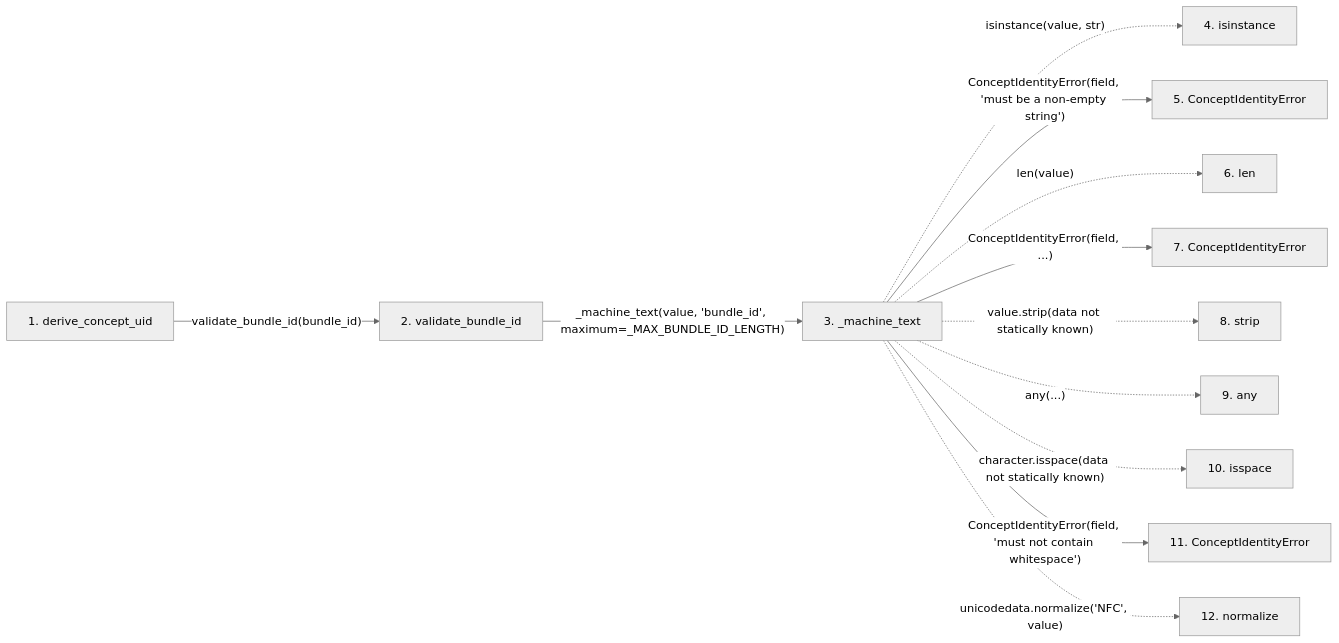
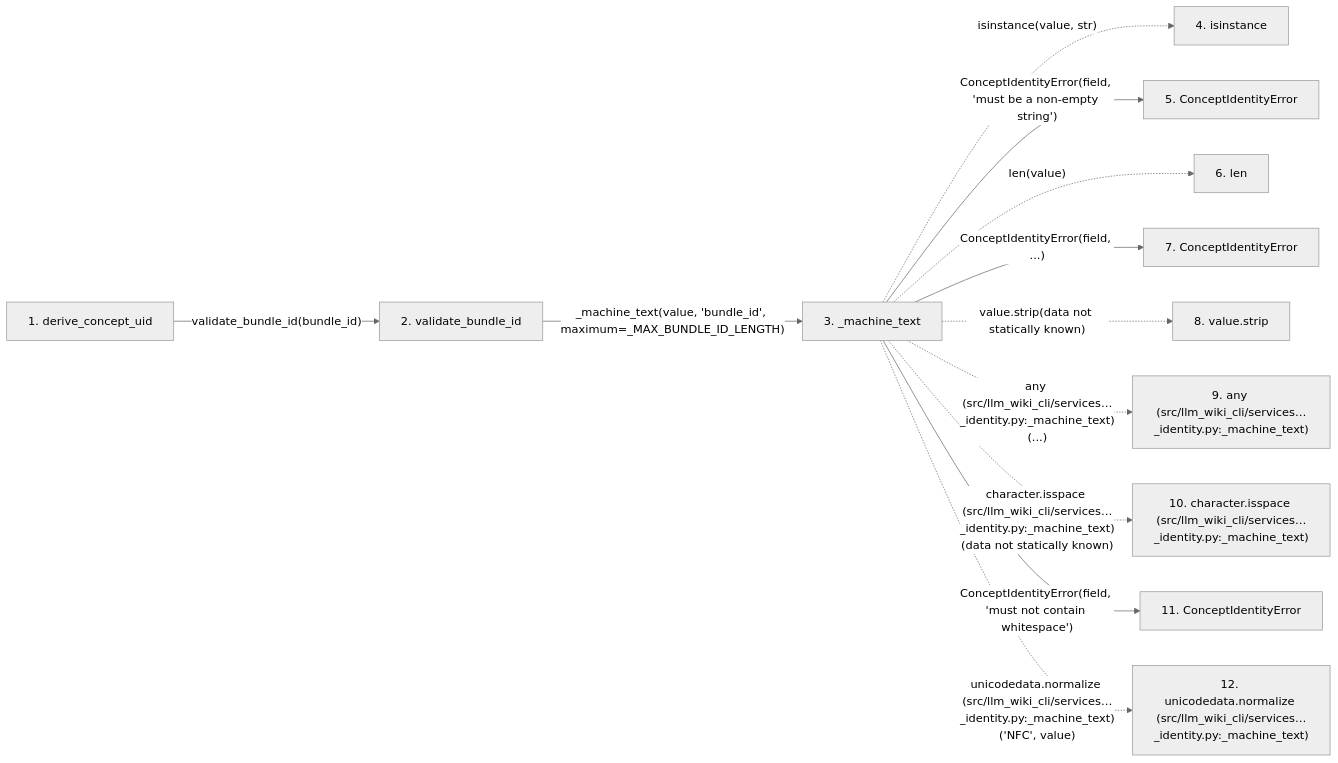
The second of 2 diagrams in docs/llm_wiki/flows/api-derive_concept_uid-concept_identity.md (Denissvgn/python-wiki-llm), drawn with Mermaid (neutral theme) before and after one commit. The commit also changed other lines of this file and 719 other files, not shown here.

````diff
--- a/docs/llm_wiki/flows/api-derive_concept_uid-concept_identity.md
+++ b/docs/llm_wiki/flows/api-derive_concept_uid-concept_identity.md
@@ -69,32 +71,32 @@
 ```mermaid
 flowchart LR
     s1["1. derive_concept_uid"]
     s2["2. validate_bundle_id"]
     s3["3. _machine_text"]
     s4["4. isinstance"]
     s5["5. ConceptIdentityError"]
     s6["6. len"]
     s7["7. ConceptIdentityError"]
-    s8["8. strip"]
-    s9["9. any"]
-    s10["10. isspace"]
+    s8["8. value.strip"]
+    s9["9. any (src/llm_wiki_cli/services…_identity.py:_machine_text)"]
+    s10["10. character.isspace (src/llm_wiki_cli/services…_identity.py:_machine_text)"]
     s11["11. ConceptIdentityError"]
-    s12["12. normalize"]
+    s12["12. unicodedata.normalize (src/llm_wiki_cli/services…_identity.py:_machine_text)"]
     s1 -->|"validate_bundle_id(bundle_id)"| s2
     s2 -->|"_machine_text(value, 'bundle_id', maximum=_MAX_BUNDLE_ID_LENGTH)"| s3
     s3 -. "isinstance(value, str)" .-> s4
     s3 -->|"ConceptIdentityError(field, 'must be a non-empty string')"| s5
     s3 -. "len(value)" .-> s6
     s3 -->|"ConceptIdentityError(field, ...)"| s7
     s3 -. "value.strip(data not statically known)" .-> s8
-    s3 -. "any(...)" .-> s9
-    s3 -. "character.isspace(data not statically known)" .-> s10
+    s3 -. "any (src/llm_wiki_cli/services…_identity.py:_machine_text)(...)" .-> s9
+    s3 -. "character.isspace (src/llm_wiki_cli/services…_identity.py:_machine_text)(data not statically known)" .-> s10
     s3 -->|"ConceptIdentityError(field, 'must not contain whitespace')"| s11
-    s3 -. "unicodedata.normalize('NFC', value)" .-> s12
+    s3 -. "unicodedata.normalize (src/llm_wiki_cli/services…_identity.py:_machine_text)('NFC', value)" .-> s12
     click s1 "../modules/concept_identity.md"
     click s2 "../modules/concept_identity.md"
     click s3 "../modules/concept_identity.md"
     click s5 "../modules/concept_identity.md"
     click s7 "../modules/concept_identity.md"
     click s11 "../modules/concept_identity.md"
 ```
````
